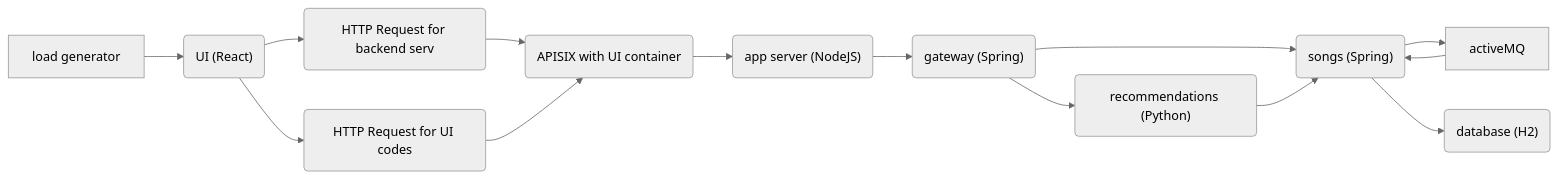
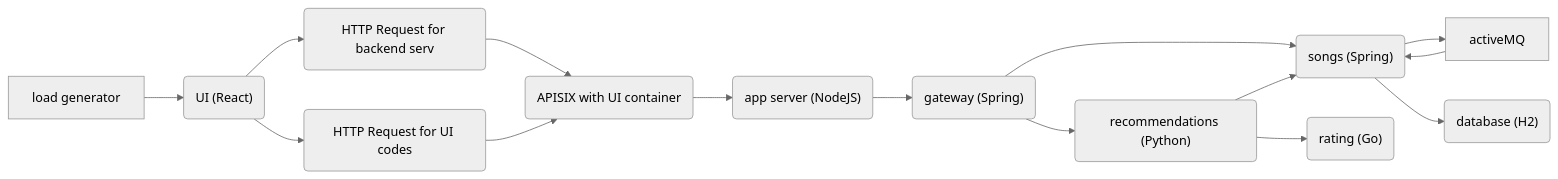
Before and after one commit to apache/skywalking-showcase: the first of 2 diagrams in docs/readme.md, drawn with Mermaid (neutral theme). The commit also changed 13 other files, not shown here.

````diff
--- a/docs/readme.md
+++ b/docs/readme.md
@@ -9,12 +9,13 @@
 ```mermaid
 %% please read this doc in our official website, otherwise the graph is not correctly rendered.
 graph LR;
   loadgen[load generator] --> ui("UI (React)") --> Traffic1("HTTP Request for backend serv") -->  apisix("APISIX as UI container")
  --> app("app server (NodeJS)") --> gateway("gateway (Spring)");
   ui("UI (React)") --> Traffic2("HTTP Request for UI codes") --> apisix("APISIX with  UI container")
   gateway --> songs("songs (Spring)") & rcmd("recommendations (Python)");
+  rcmd --> rating("rating (Go)");
   songs --> activeMQ
   activeMQ --> songs
   rcmd --> songs;
   songs --> db("database (H2)");
 ```
````
